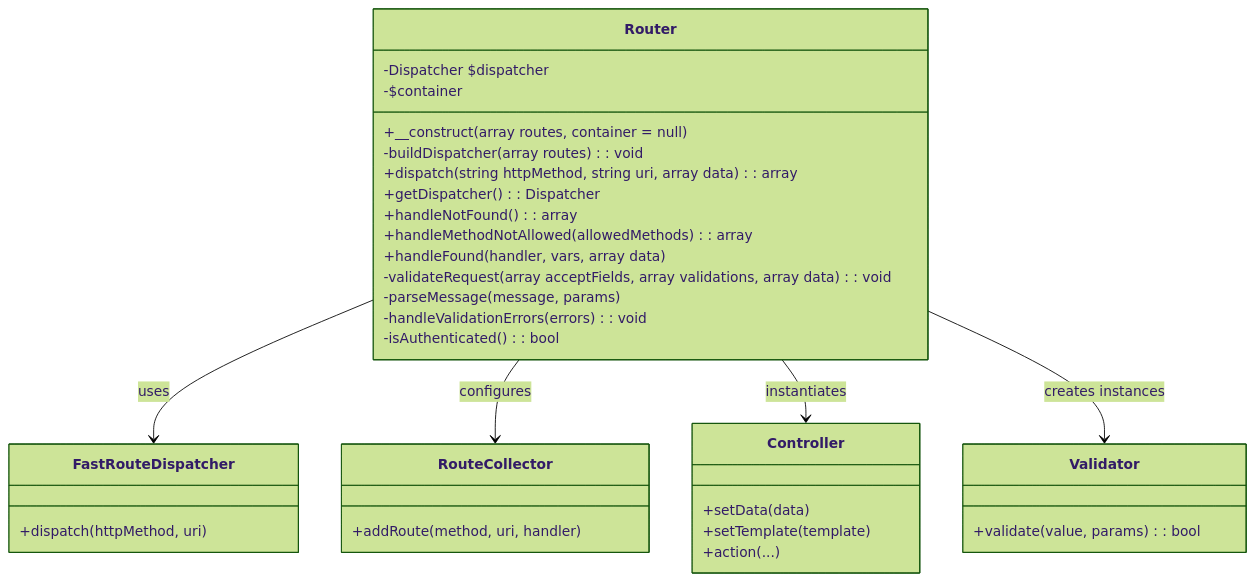
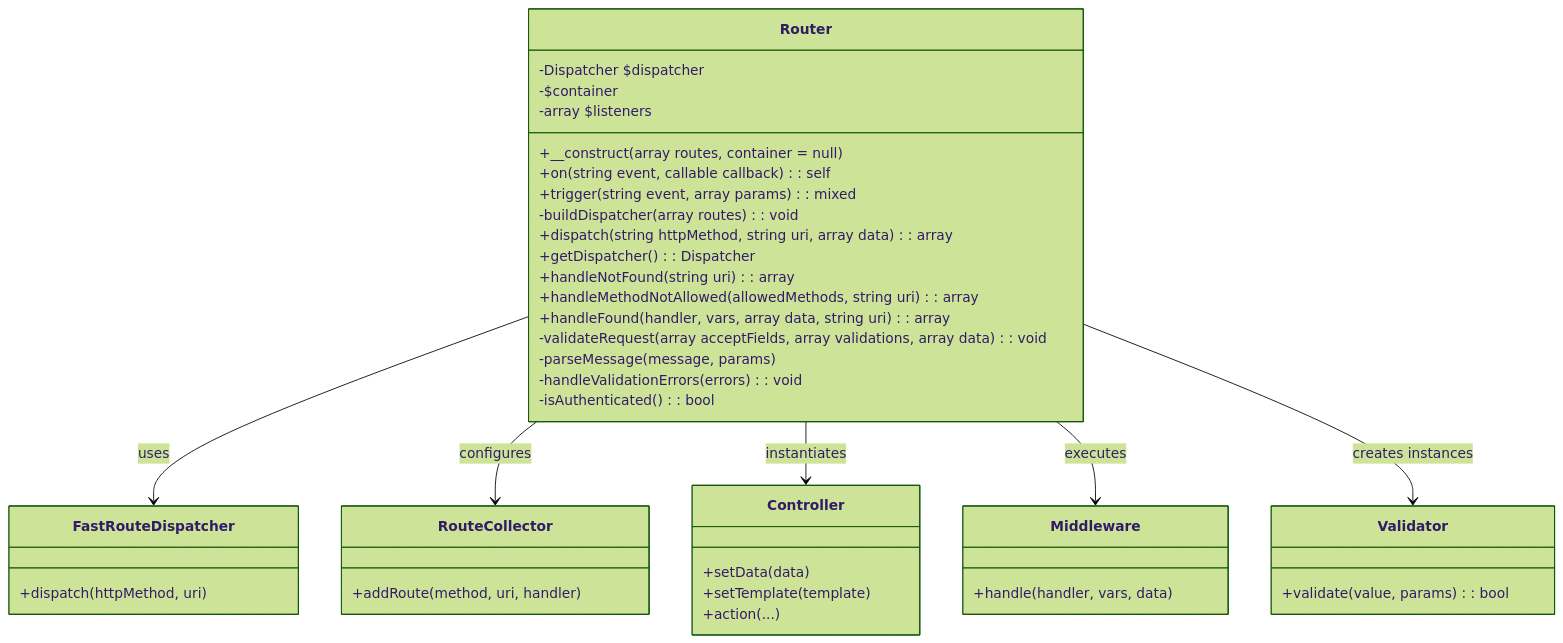
One commit to zekiunal/router changed the second of 4 diagrams in README.md. Above: the diagram before and after it, drawn with Mermaid (forest theme). The commit also changed other lines of this file and 1 other file, not shown here.

Commit message:
Added middleware

````diff
--- a/README.md
+++ b/README.md
@@ -281,41 +409,49 @@
 ```mermaid
 classDiagram
     class Router {
         -Dispatcher $dispatcher
         -$container
+        -array $listeners
         +__construct(array routes, container = null)
+        +on(string event, callable callback): self
+        +trigger(string event, array params): mixed
         -buildDispatcher(array routes): void
         +dispatch(string httpMethod, string uri, array data): array
         +getDispatcher(): Dispatcher
-        +handleNotFound(): array
-        +handleMethodNotAllowed(allowedMethods): array
-        +handleFound(handler, vars, array data)
+        +handleNotFound(string uri): array
+        +handleMethodNotAllowed(allowedMethods, string uri): array
+        +handleFound(handler, vars, array data, string uri): array
         -validateRequest(array acceptFields, array validations, array data): void
         -parseMessage(message, params)
         -handleValidationErrors(errors): void
         -isAuthenticated(): bool
     }
     
     class FastRouteDispatcher {
         +dispatch(httpMethod, uri)
     }
     
     class RouteCollector {
         +addRoute(method, uri, handler)
     }
     
     class Controller {
         +setData(data)
         +setTemplate(template)
         +action(...)
     }
     
+    class Middleware {
+        +handle(handler, vars, data)
+    }
+    
     class Validator {
         +validate(value, params): bool
     }
     
     Router --> FastRouteDispatcher : uses
     Router --> RouteCollector : configures
     Router --> Controller : instantiates
+    Router --> Middleware : executes
     Router --> Validator : creates instances
 ```
````
